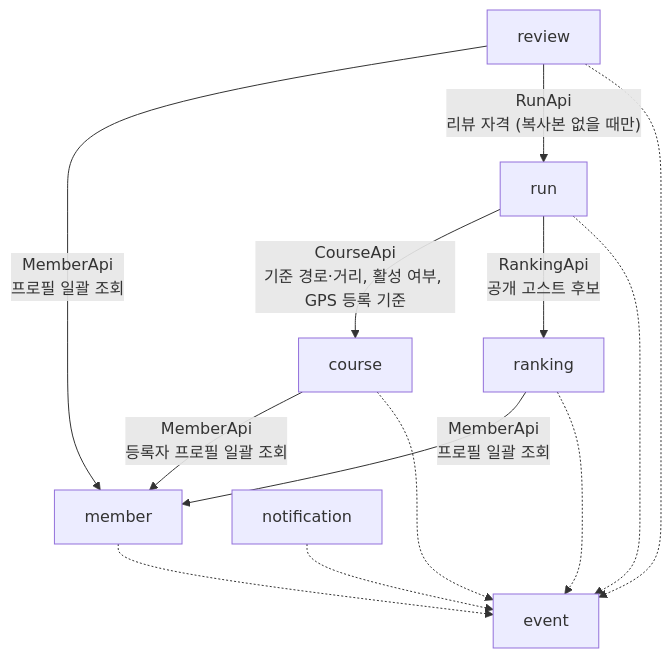
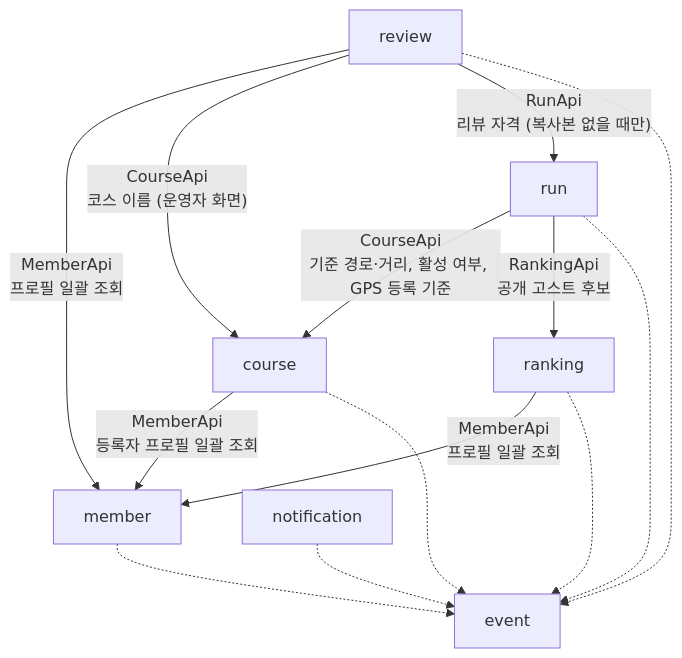
One commit to SunMoonUniv/WADADAK changed the second of 4 diagrams in 개발 정책 v3.md. Above: the diagram before and after it, drawn with Mermaid. The commit also changed other lines of this file and 29 other files, not shown here.

First line of the commit message:
feat(review): 운영자 리뷰 관리·신고 처리 API (ADM-2 · ADM-2-1 · ADM-2-2)

````diff
--- a/개발 정책 v3.md
+++ b/개발 정책 v3.md
@@ -308,16 +309,17 @@
 ```mermaid
 flowchart TD
     run -->|"CourseApi<br/>기준 경로·거리, 활성 여부, GPS 등록 기준"| course
     run -->|"RankingApi<br/>공개 고스트 후보"| ranking
     ranking -->|"MemberApi<br/>프로필 일괄 조회"| member
     review -->|"MemberApi<br/>프로필 일괄 조회"| member
+    review -->|"CourseApi<br/>코스 이름 (운영자 화면)"| course
     course -->|"MemberApi<br/>등록자 프로필 일괄 조회"| member
     review -->|"RunApi<br/>리뷰 자격 (복사본 없을 때만)"| run
 
     member -.-> event
     course -.-> event
     run -.-> event
     ranking -.-> event
     review -.-> event
     notification -.-> event
 ```
````
